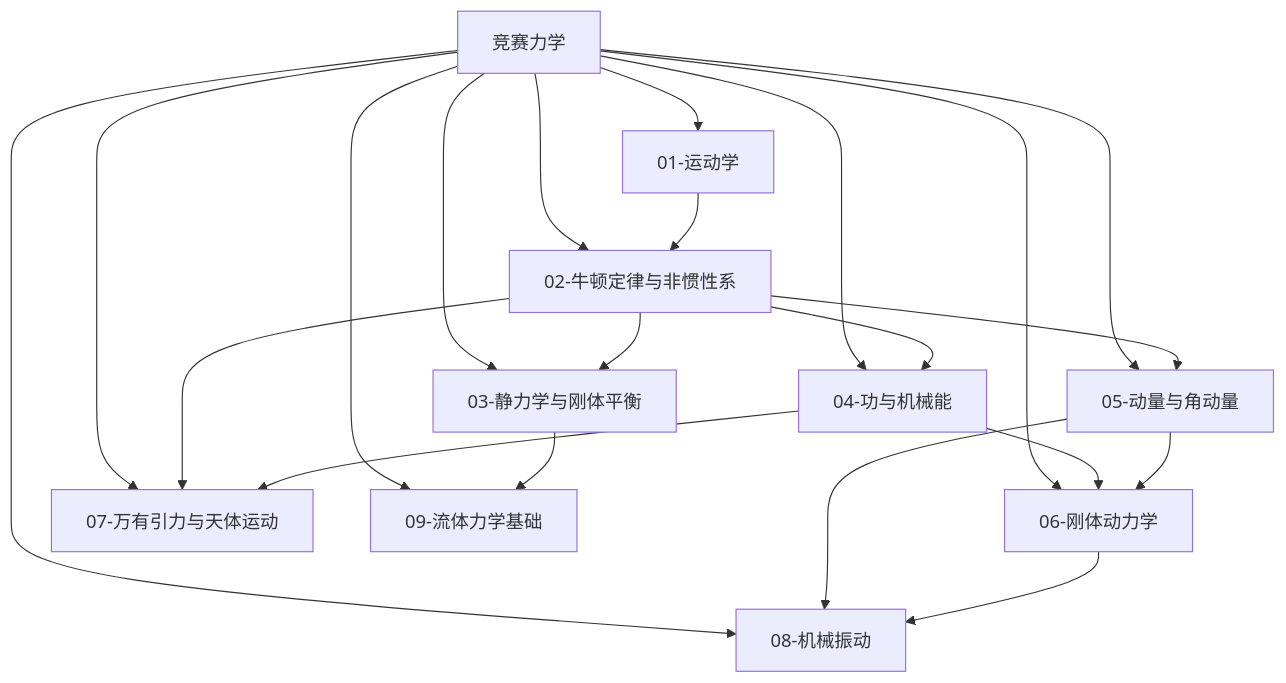
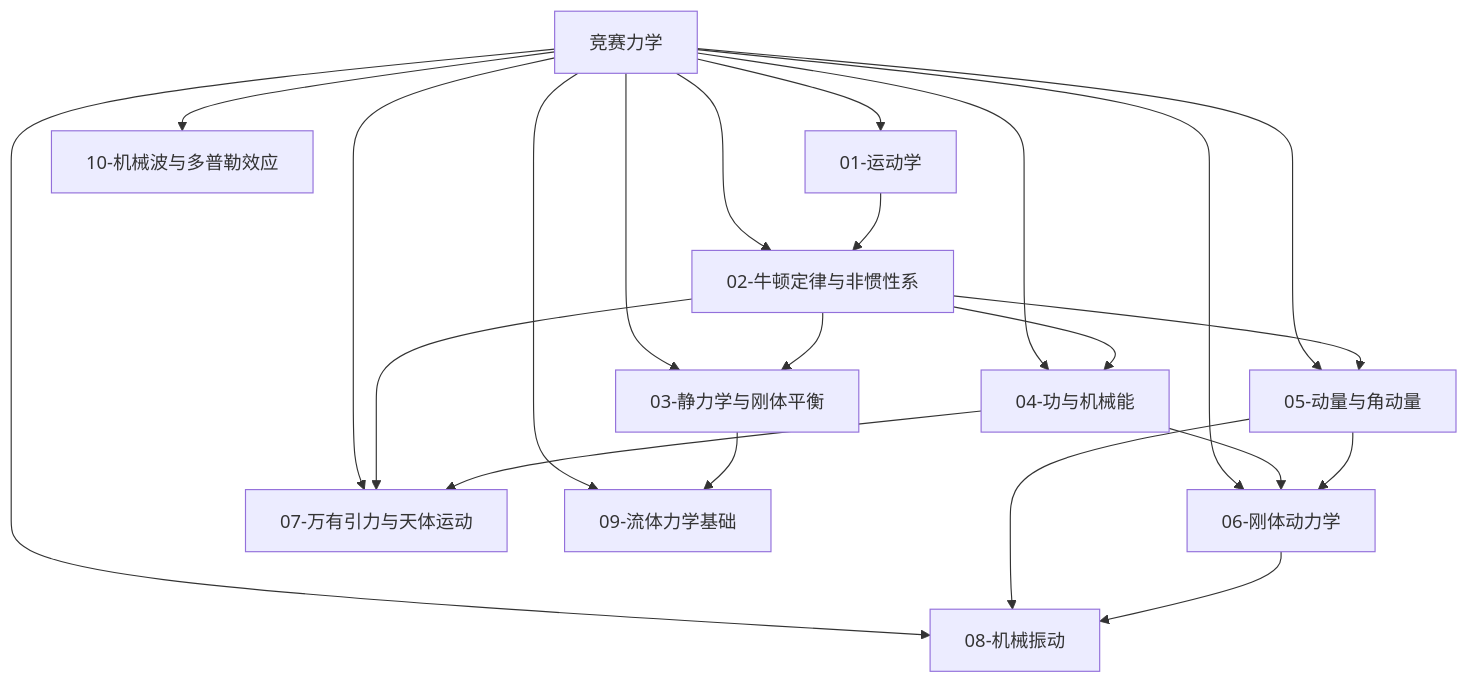
Before and after one commit to wym100171113/notes: the diagram in 物理/物理竞赛/力学/00-竞赛力学总览.md, drawn with Mermaid. The commit also changed other lines of this file and 52 other files, not shown here.

````diff
--- a/物理/物理竞赛/力学/00-竞赛力学总览.md
+++ b/物理/物理竞赛/力学/00-竞赛力学总览.md
@@ -22,34 +22,36 @@
 ```mermaid
 graph TD
     ROOT[竞赛力学] --> A[01-运动学]
     ROOT --> B[02-牛顿定律与非惯性系]
     ROOT --> C[03-静力学与刚体平衡]
     ROOT --> D[04-功与机械能]
     ROOT --> E[05-动量与角动量]
     ROOT --> F[06-刚体动力学]
     ROOT --> G[07-万有引力与天体运动]
     ROOT --> H[08-机械振动]
     ROOT --> I[09-流体力学基础]
+    ROOT --> J[10-机械波与多普勒效应]
 
     A --> B
     B --> C
     B --> D
     B --> E
     D --> F
     E --> F
     B --> G
     D --> G
     E --> H
     F --> H
     C --> I
 
     class A internal-link;
     class B internal-link;
     class C internal-link;
     class D internal-link;
     class E internal-link;
     class F internal-link;
     class G internal-link;
     class H internal-link;
     class I internal-link;
+    class J internal-link;
 ```
````
